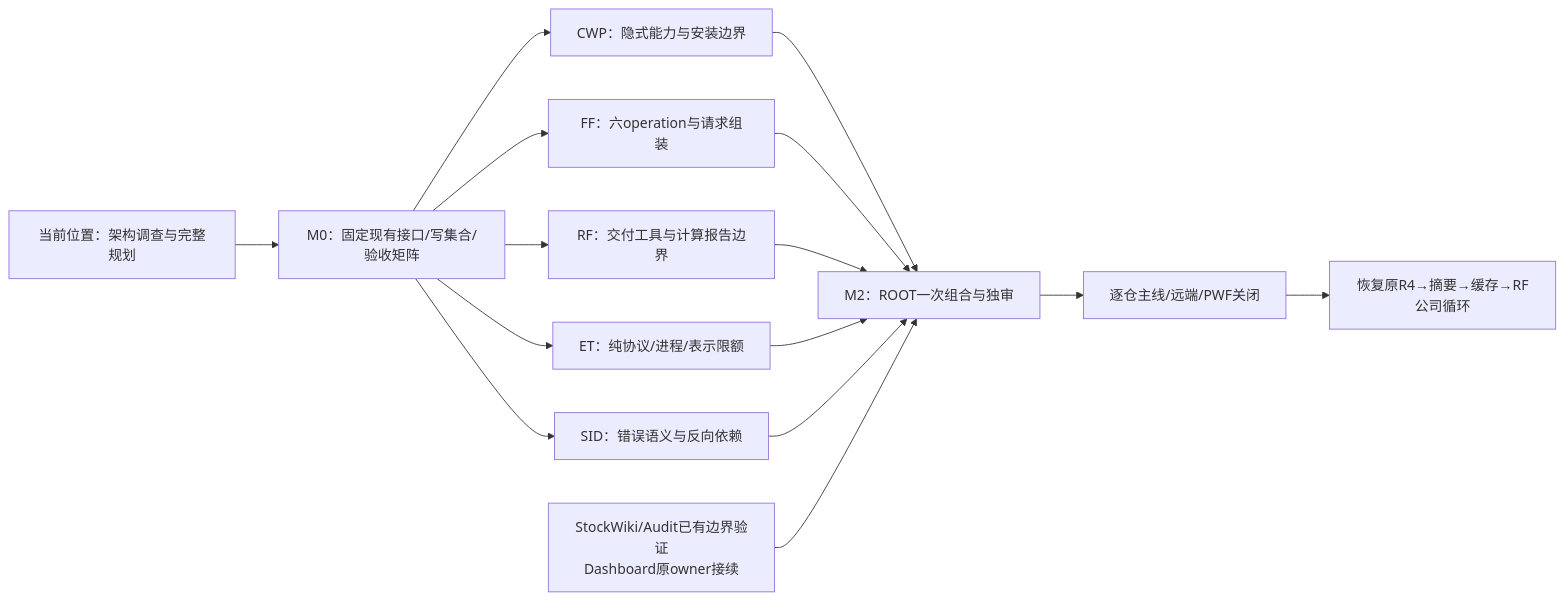
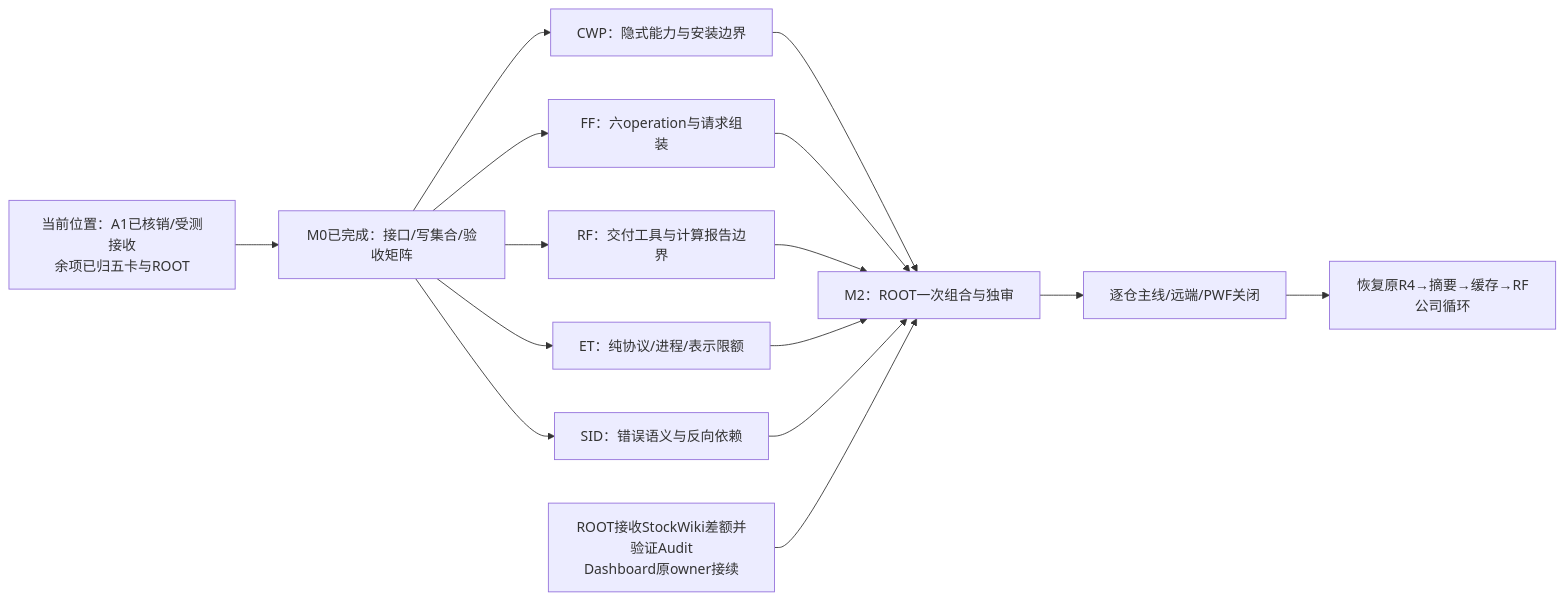
The diagram in docs/plans/module-boundaries-2026-11-11/README.md (zhengcb81/company-wiki), drawn with Mermaid before and after one commit. The commit also changed other lines of this file and 61 other files, not shown here.

````diff
--- a/docs/plans/module-boundaries-2026-11-11/README.md
+++ b/docs/plans/module-boundaries-2026-11-11/README.md
@@ -20,17 +20,17 @@
 ```mermaid
 flowchart LR
-  A[当前位置：架构调查与完整规划] --> B[M0：固定现有接口/写集合/验收矩阵]
+  A[当前位置：A1已核销/受测接收\n余项已归五卡与ROOT] --> B[M0已完成：接口/写集合/验收矩阵]
   B --> C1[CWP：隐式能力与安装边界]
   B --> C2[FF：六operation与请求组装]
   B --> C3[RF：交付工具与计算报告边界]
   B --> C4[ET：纯协议/进程/表示限额]
   B --> C5[SID：错误语义与反向依赖]
   C1 --> D[M2：ROOT一次组合与独审]
   C2 --> D
   C3 --> D
   C4 --> D
   C5 --> D
-  S[StockWiki/Audit已有边界验证\nDashboard原owner接续] --> D
+  S[ROOT接收StockWiki差额并验证Audit\nDashboard原owner接续] --> D
   D --> E[逐仓主线/远端/PWF关闭]
   E --> F[恢复原R4→摘要→缓存→RF公司循环]
 ```
````
